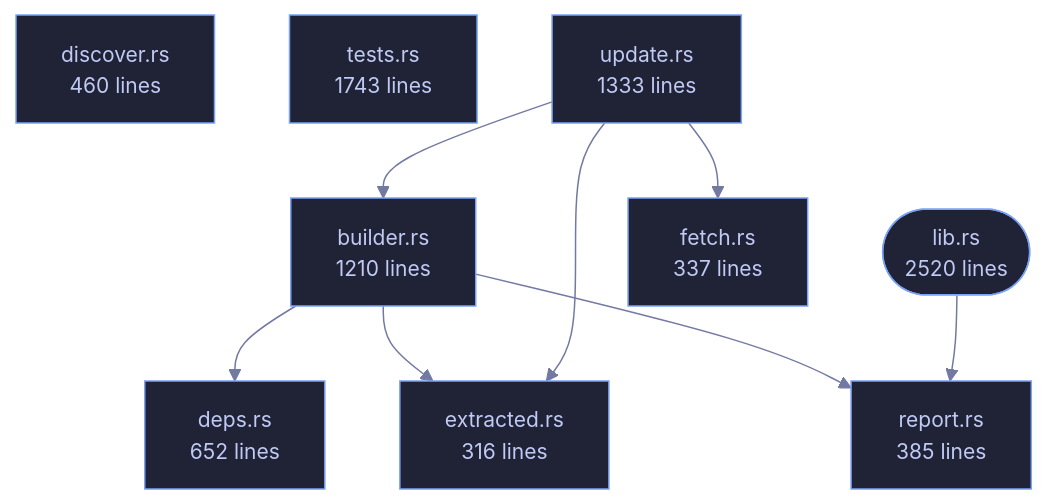
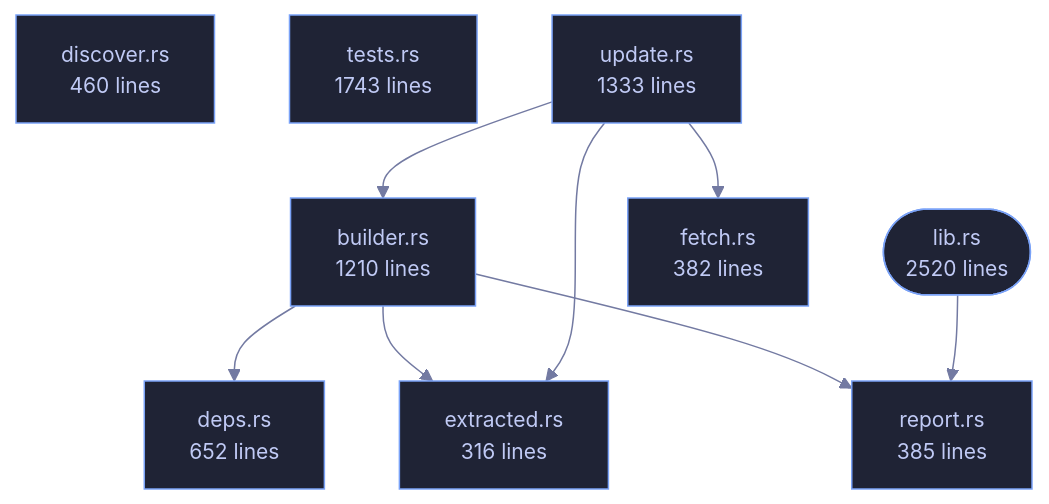
The diagram in crates/veilvoice-verify/README.md (tilas01/veilvoice), drawn with Mermaid before and after one commit. The commit also changed other lines of this file and 22 other files, not shown here.

````diff
--- a/crates/veilvoice-verify/README.md
+++ b/crates/veilvoice-verify/README.md
@@ -93,29 +93,29 @@
 ```mermaid
 %%{init: {"theme":"base","themeVariables":{"background":"#1a1b26","primaryColor":"#1f2335","primaryTextColor":"#c0caf5","primaryBorderColor":"#7aa2f7","secondaryColor":"#16161e","tertiaryColor":"#16161e","lineColor":"#737aa2","textColor":"#c0caf5","mainBkg":"#1f2335","nodeBorder":"#7aa2f7","clusterBkg":"#16161e","clusterBorder":"#2f3549","fontFamily":"ui-monospace, SFMono-Regular, Consolas, monospace","fontSize":"14px"}}}%%
 flowchart TD
     n_lib(["lib.rs<br/>2520 lines"])
     n_builder["builder.rs<br/>1210 lines"]
     n_deps["deps.rs<br/>652 lines"]
     n_discover["discover.rs<br/>460 lines"]
     n_extracted["extracted.rs<br/>316 lines"]
-    n_fetch["fetch.rs<br/>337 lines"]
+    n_fetch["fetch.rs<br/>382 lines"]
     n_report["report.rs<br/>385 lines"]
     n_tests["tests.rs<br/>1743 lines"]
     n_update["update.rs<br/>1333 lines"]
     n_builder --> n_deps
     n_builder --> n_extracted
     n_builder --> n_report
     n_lib --> n_report
     n_update --> n_builder
     n_update --> n_extracted
     n_update --> n_fetch
     click n_lib href "https://github.com/tilas01/veilvoice/blob/main/crates/veilvoice-verify/src/lib.rs" "open the source"
     click n_builder href "https://github.com/tilas01/veilvoice/blob/main/crates/veilvoice-verify/src/builder.rs" "open the source"
     click n_deps href "https://github.com/tilas01/veilvoice/blob/main/crates/veilvoice-verify/src/deps.rs" "open the source"
     click n_discover href "https://github.com/tilas01/veilvoice/blob/main/crates/veilvoice-verify/src/discover.rs" "open the source"
     click n_extracted href "https://github.com/tilas01/veilvoice/blob/main/crates/veilvoice-verify/src/extracted.rs" "open the source"
     click n_fetch href "https://github.com/tilas01/veilvoice/blob/main/crates/veilvoice-verify/src/fetch.rs" "open the source"
     click n_report href "https://github.com/tilas01/veilvoice/blob/main/crates/veilvoice-verify/src/report.rs" "open the source"
     click n_tests href "https://github.com/tilas01/veilvoice/blob/main/crates/veilvoice-verify/src/tests.rs" "open the source"
     click n_update href "https://github.com/tilas01/veilvoice/blob/main/crates/veilvoice-verify/src/update.rs" "open the source"
 ```
````
